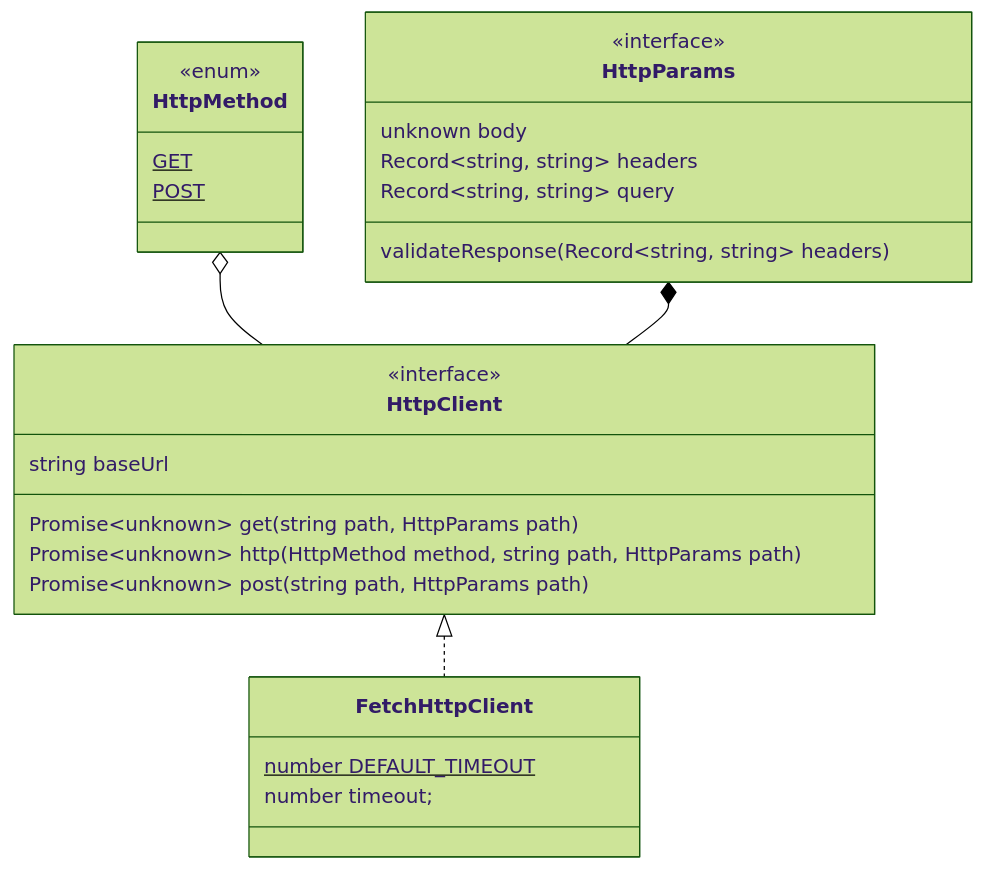
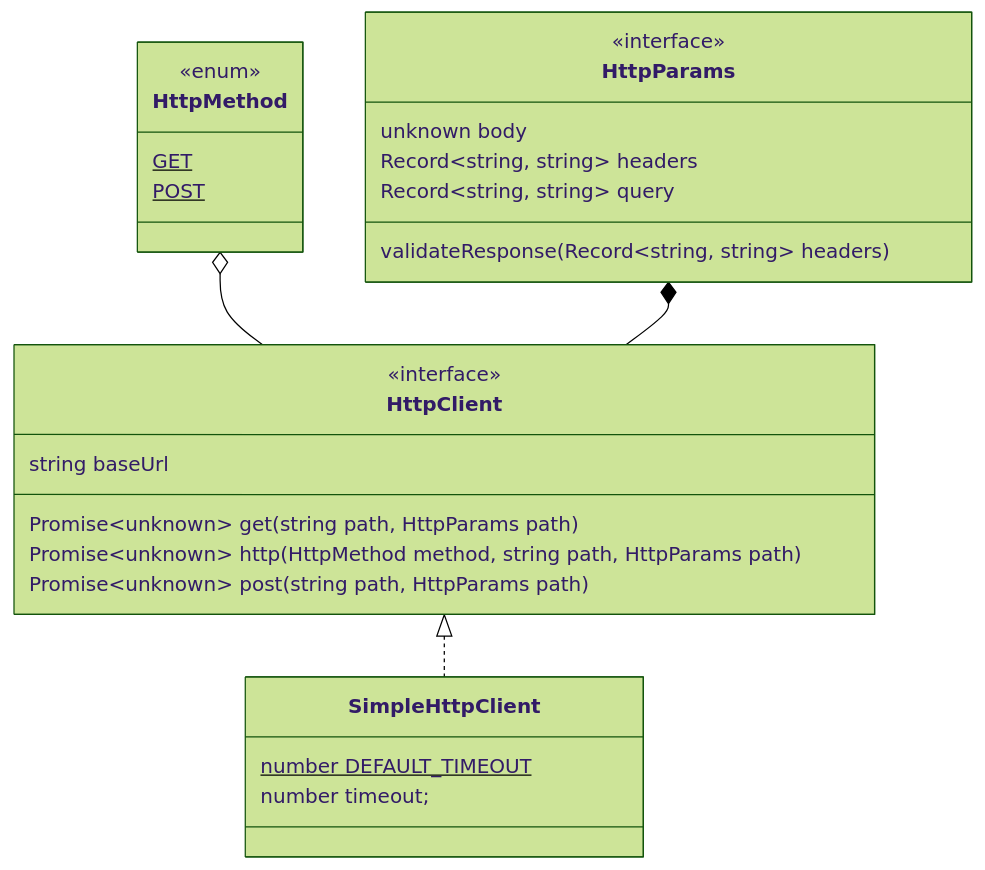
One commit to vechain/vechain-sdk-js changed the diagram in docs/diagrams/architecture/http.md. Above: the diagram before and after it, drawn with Mermaid (forest theme). The commit also changed 10 other files, not shown here.

````diff
--- a/docs/diagrams/architecture/http.md
+++ b/docs/diagrams/architecture/http.md
@@ -1,30 +1,30 @@
 ```mermaid
 classDiagram
-    class FetchHttpClient {
+    class SimpleHttpClient {
         number DEFAULT_TIMEOUT$
         number timeout;
     }
     class HttpClient {
         <<interface>>
         string baseUrl
         Promise~unknown~ get(string path, HttpParams path)
         Promise~unknown~ http(HttpMethod method, string path, HttpParams path)
         Promise~unknown~ post(string path, HttpParams path)
         
     }
     class HttpMethod {
         <<enum>>
         GET$
         POST$
     }
     class HttpParams {
         <<interface>>
         unknown body
         Record~string, string~ headers
         Record~string, string~ query
         validateResponse(Record~string, string~ headers)
     }
     HttpMethod o-- HttpClient
     HttpParams *-- HttpClient
-    HttpClient <|.. FetchHttpClient
+    HttpClient <|.. SimpleHttpClient
 ```
````
